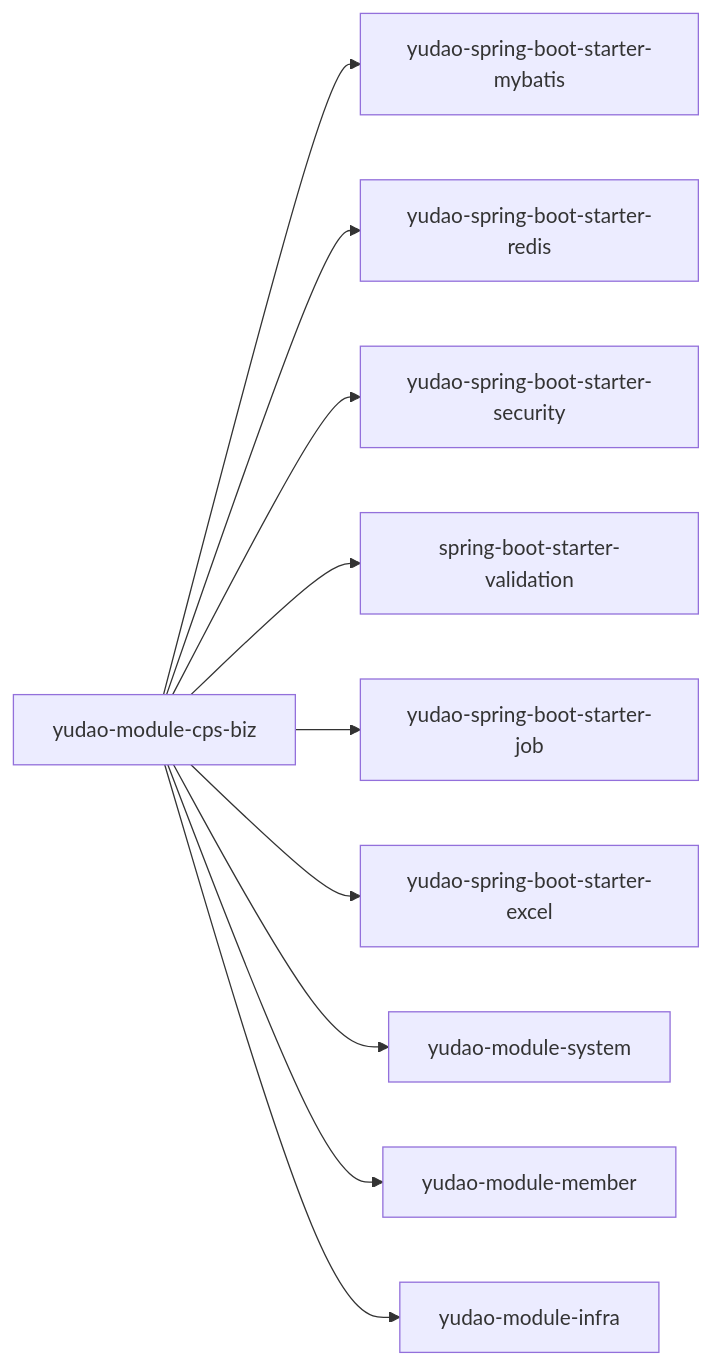
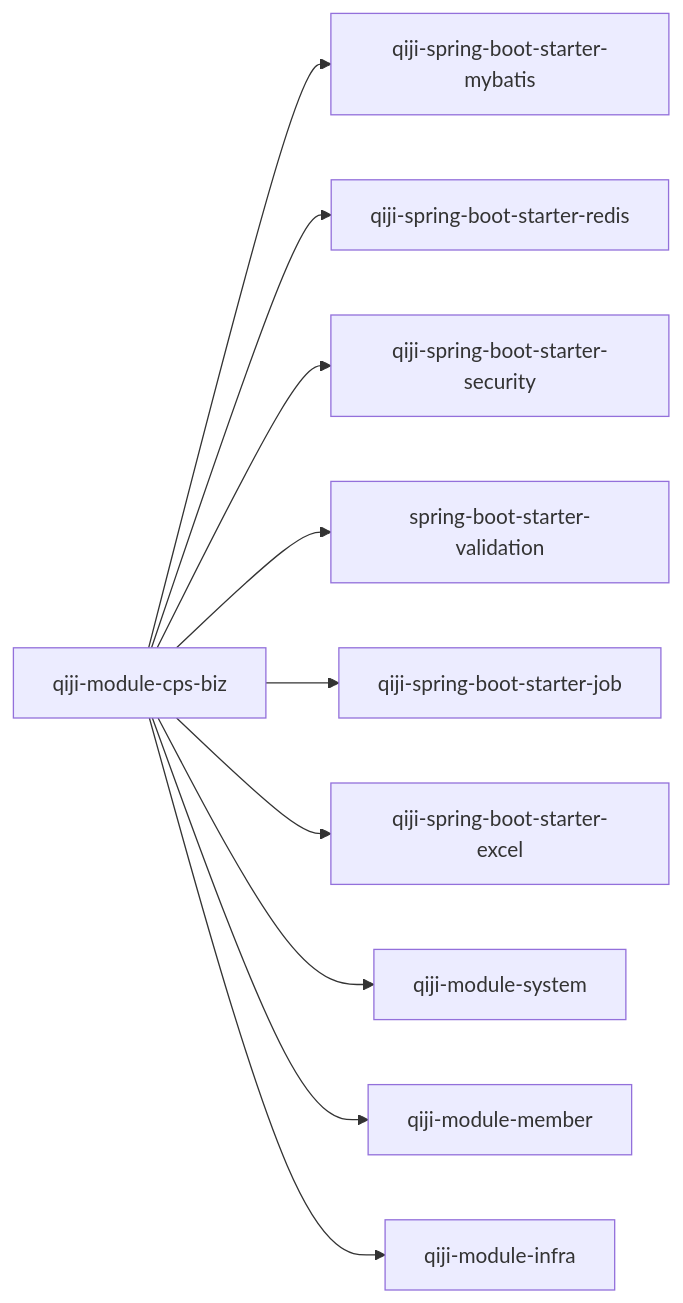
Before and after one commit to zhuangpengLI/AgenticCPS: the seventh of 7 diagrams in backend/.qoder/repowiki/zh/content/数据库设计/数据访问层实现.md, drawn with Mermaid. The commit also changed other lines of this file and 3489 other files, not shown here.

````diff
--- a/backend/.qoder/repowiki/zh/content/数据库设计/数据访问层实现.md
+++ b/backend/.qoder/repowiki/zh/content/数据库设计/数据访问层实现.md
@@ -266,12 +266,12 @@
 ```mermaid
 graph LR
-CPS["yudao-module-cps-biz"] --> MYBATIS["yudao-spring-boot-starter-mybatis"]
-CPS --> REDIS["yudao-spring-boot-starter-redis"]
-CPS --> SECURITY["yudao-spring-boot-starter-security"]
+CPS["qiji-module-cps-biz"] --> MYBATIS["qiji-spring-boot-starter-mybatis"]
+CPS --> REDIS["qiji-spring-boot-starter-redis"]
+CPS --> SECURITY["qiji-spring-boot-starter-security"]
 CPS --> VALIDATION["spring-boot-starter-validation"]
-CPS --> JOB["yudao-spring-boot-starter-job"]
-CPS --> EXCEL["yudao-spring-boot-starter-excel"]
-CPS --> SYS["yudao-module-system"]
-CPS --> MEMBER["yudao-module-member"]
-CPS --> INFRA["yudao-module-infra"]
+CPS --> JOB["qiji-spring-boot-starter-job"]
+CPS --> EXCEL["qiji-spring-boot-starter-excel"]
+CPS --> SYS["qiji-module-system"]
+CPS --> MEMBER["qiji-module-member"]
+CPS --> INFRA["qiji-module-infra"]
 ```
````
